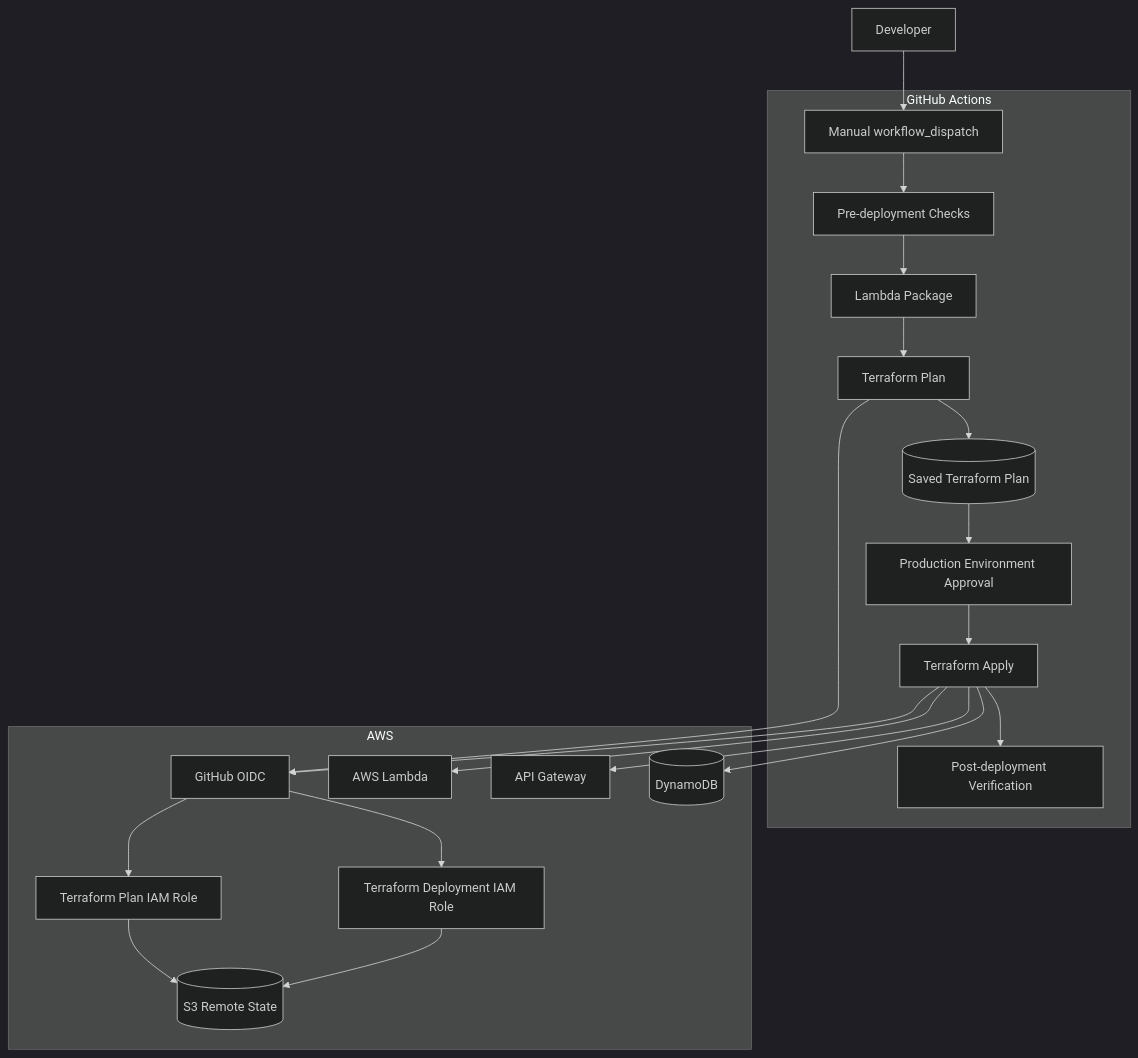
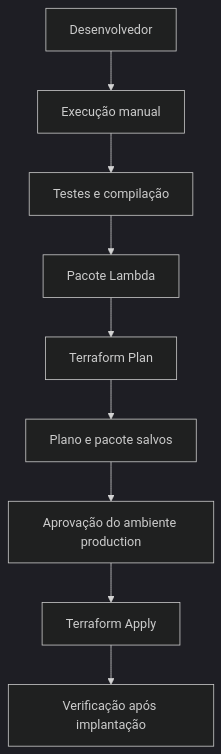
The second of 2 diagrams in docs/deployment.md (ffakira/orbis), drawn with Mermaid (dark theme) before and after one commit. The commit also changed other lines of this file and 4 other files, not shown here.

````diff
--- a/docs/deployment.md
+++ b/docs/deployment.md
@@ -380,43 +345,21 @@
 ```mermaid
 flowchart TB
-    Developer["Developer"]
-
-    subgraph GitHub["GitHub Actions"]
-        Trigger["Manual workflow_dispatch"]
-        Checks["Pre-deployment Checks"]
-        Package["Lambda Package"]
-        Plan["Terraform Plan"]
-        Artifact[("Saved Terraform Plan")]
-        Approval["Production Environment Approval"]
-        Apply["Terraform Apply"]
-        Verify["Post-deployment Verification"]
-    end
-
-    subgraph AWS["AWS"]
-        OIDC["GitHub OIDC"]
-        PlanRole["Terraform Plan IAM Role"]
-        DeployRole["Terraform Deployment IAM Role"]
-        State[("S3 Remote State")]
-        Lambda["AWS Lambda"]
-        Gateway["API Gateway"]
-        DynamoDB[("DynamoDB")]
-    end
+    Developer["Desenvolvedor"]
+    Trigger["Execução manual"]
+    Checks["Testes e compilação"]
+    Package["Pacote Lambda"]
+    Plan["Terraform Plan"]
+    Artifact["Plano e pacote salvos"]
+    Approval["Aprovação do ambiente production"]
+    Apply["Terraform Apply"]
+    Verify["Verificação após implantação"]
 
     Developer --> Trigger
     Trigger --> Checks
     Checks --> Package
     Package --> Plan
-    Plan --> OIDC
-    OIDC --> PlanRole
-    PlanRole --> State
     Plan --> Artifact
     Artifact --> Approval
     Approval --> Apply
-    Apply --> OIDC
-    OIDC --> DeployRole
-    DeployRole --> State
-    Apply --> Lambda
-    Apply --> Gateway
-    Apply --> DynamoDB
     Apply --> Verify
 ```
````
